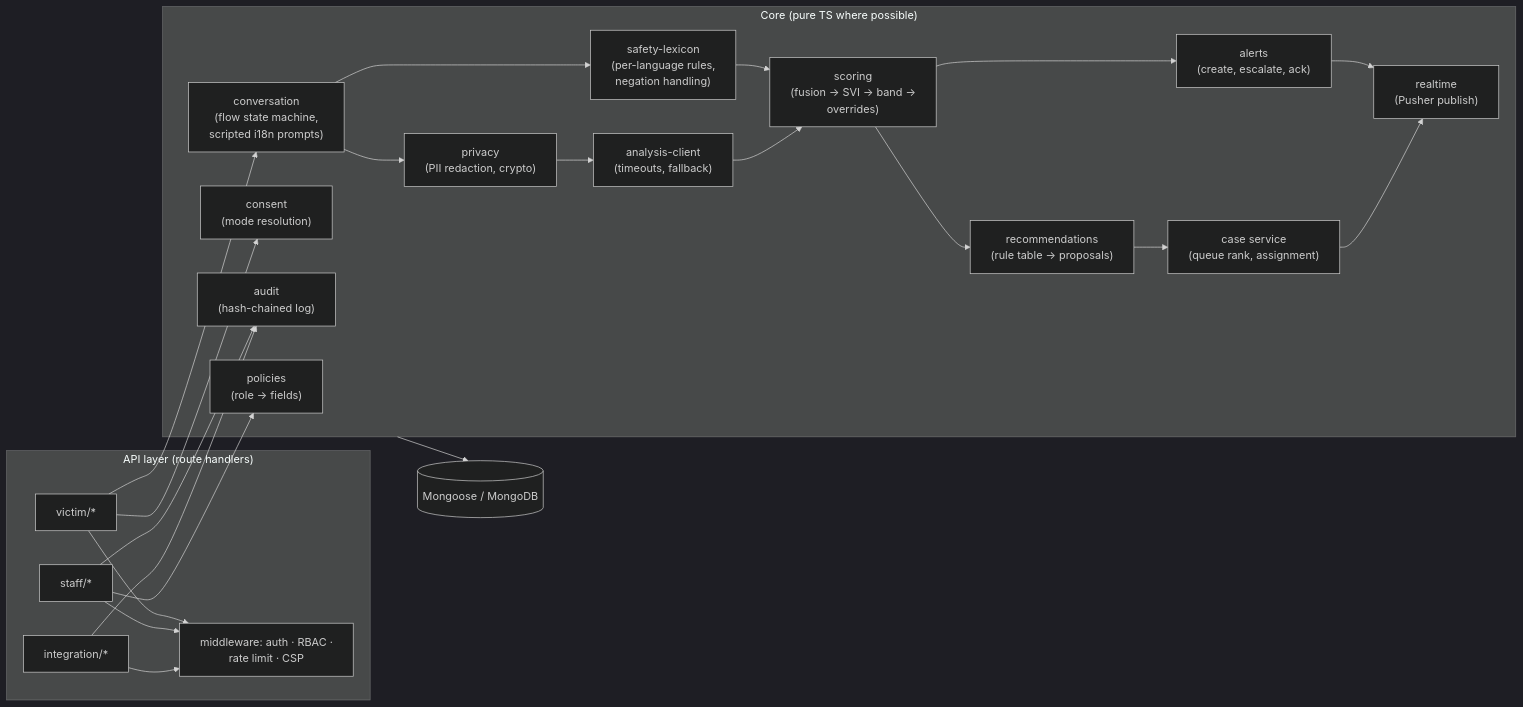
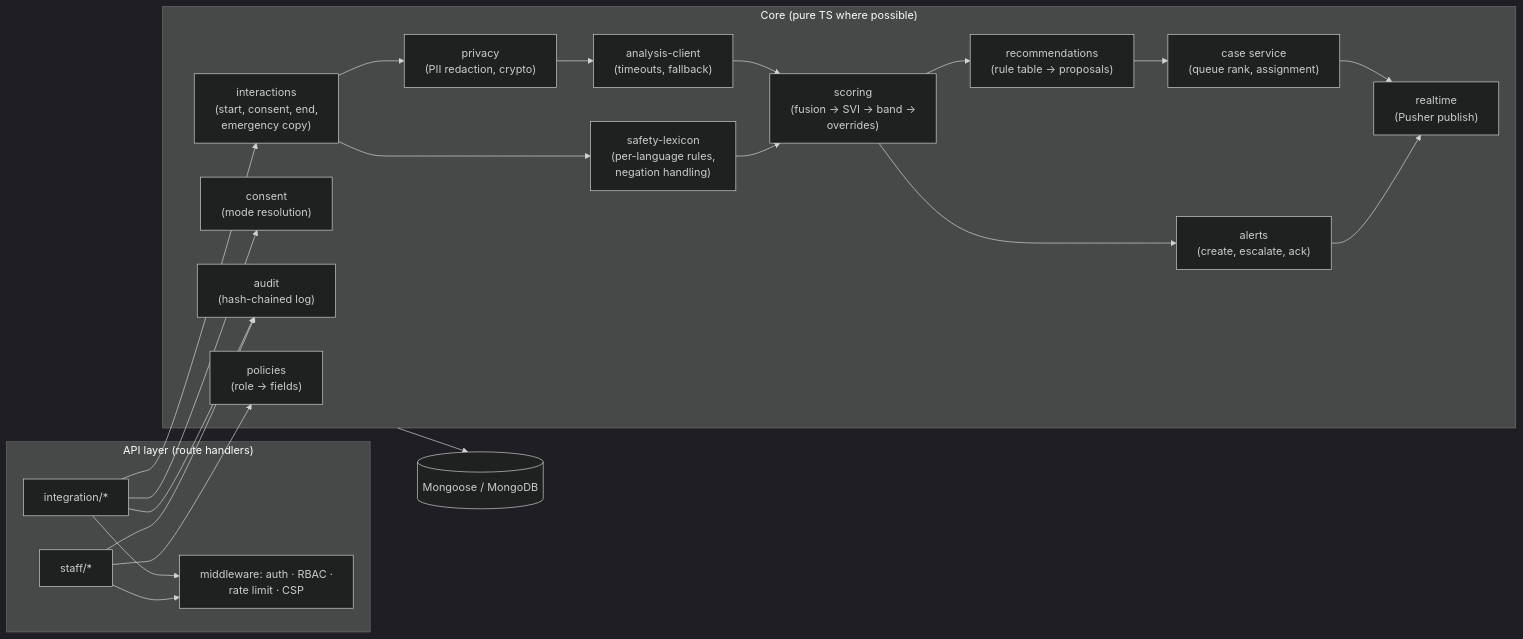
One commit to anushkaa2205/AI-Based-Real-Time-Stress-and-Trauma-Assessment-Module changed the third of 11 diagrams in docs/ARCHITECTURE.md. Above: the diagram before and after it, drawn with Mermaid (dark theme). The commit also changed other lines of this file and 6 other files, not shown here.

````diff
--- a/docs/ARCHITECTURE.md
+++ b/docs/ARCHITECTURE.md
@@ -135,38 +138,37 @@
 ```mermaid
 flowchart LR
     subgraph API["API layer (route handlers)"]
-        A1["victim/*"]
         A2["staff/*"]
         A3["integration/*"]
         MW["middleware: auth · RBAC ·<br/>rate limit · CSP"]
     end
 
     subgraph Core["Core (pure TS where possible)"]
-        CF["conversation<br/>(flow state machine,<br/>scripted i18n prompts)"]
+        CF["interactions<br/>(start, consent, end,<br/>emergency copy)"]
         CON["consent<br/>(mode resolution)"]
         LEX["safety-lexicon<br/>(per-language rules,<br/>negation handling)"]
         PRV["privacy<br/>(PII redaction, crypto)"]
         ACL["analysis-client<br/>(timeouts, fallback)"]
         SCO["scoring<br/>(fusion → SVI → band →<br/>overrides)"]
         REC["recommendations<br/>(rule table → proposals)"]
         CASE["case service<br/>(queue rank, assignment)"]
         ALR["alerts<br/>(create, escalate, ack)"]
         RT["realtime<br/>(Pusher publish)"]
         AUD["audit<br/>(hash-chained log)"]
         POL["policies<br/>(role → fields)"]
     end
 
     DB[("Mongoose / MongoDB")]
 
-    A1 --> CF & CON
-    A1 & A2 & A3 --> MW
+    A3 --> CF & CON
+    A2 & A3 --> MW
     CF --> LEX --> SCO
     CF --> PRV --> ACL
     ACL --> SCO
     SCO --> REC --> CASE
     SCO --> ALR --> RT
     CASE --> RT
     A2 --> POL
     Core --> DB
     A2 & A3 --> AUD
 ```
````
